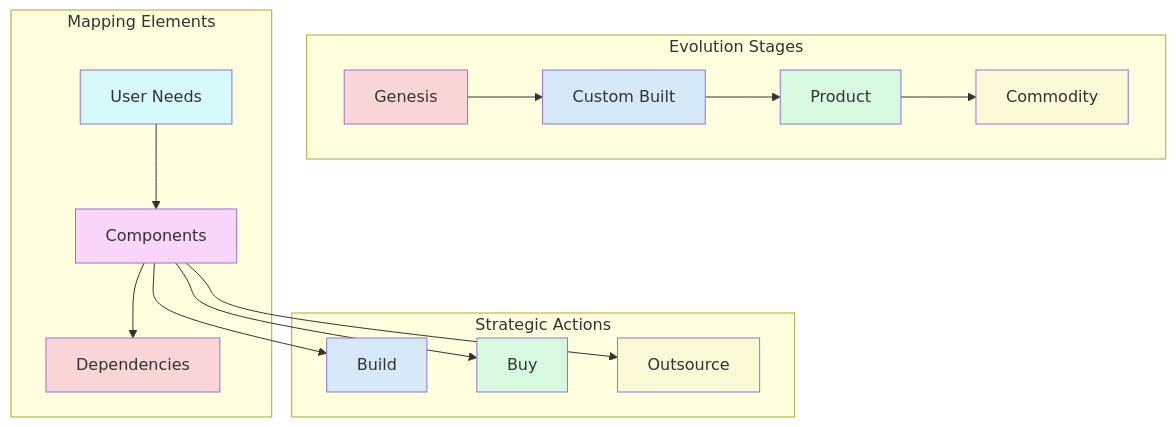
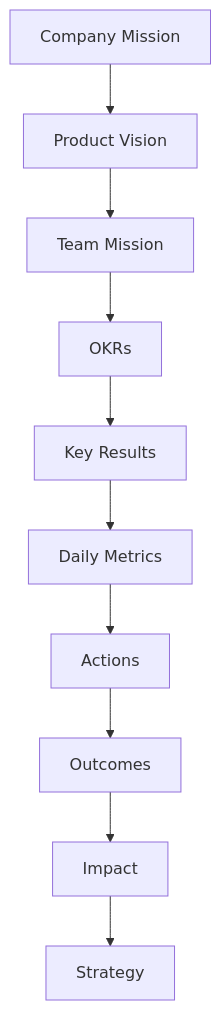
Before and after one commit to carlsendk/tech-leadership: the diagram in src/content/wiki/operating-model/alignment/objectives-wardley.md, drawn with Mermaid. The commit also changed 16 other files, not shown here.

````diff
--- a/src/content/wiki/operating-model/alignment/objectives-wardley.md
+++ b/src/content/wiki/operating-model/alignment/objectives-wardley.md
@@ -16,36 +16,12 @@
 ```mermaid
 graph TD
-    subgraph "Evolution Stages"
-        A[Genesis]
-        B[Custom Built]
-        C[Product]
-        D[Commodity]
-    end
-    
-    subgraph "Mapping Elements"
-        E[User Needs]
-        F[Components]
-        G[Dependencies]
-    end
-    
-    subgraph "Strategic Actions"
-        H[Build]
-        I[Buy]
-        J[Outsource]
-    end
-    
-    A --> B --> C --> D
-    E --> F --> G
-    F --> H & I & J
-    
-    style A fill:#f9d6d5
-    style B fill:#d6e9f9
-    style C fill:#d6f9e0
-    style D fill:#f9f9d6
-    style E fill:#d6f9f9
-    style F fill:#f9d6f9
-    style G fill:#f9d6d5
-    style H fill:#d6e9f9
-    style I fill:#d6f9e0
-    style J fill:#f9f9d6
+    A[Company Mission] --> B[Product Vision]
+    B --> C[Team Mission]
+    C --> D[OKRs]
+    D --> E[Key Results]
+    E --> F[Daily Metrics]
+    F --> G[Actions]
+    G --> H[Outcomes]
+    H --> I[Impact]
+    I --> J[Strategy]
 ```
````
